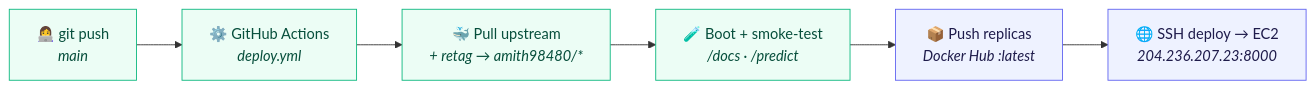
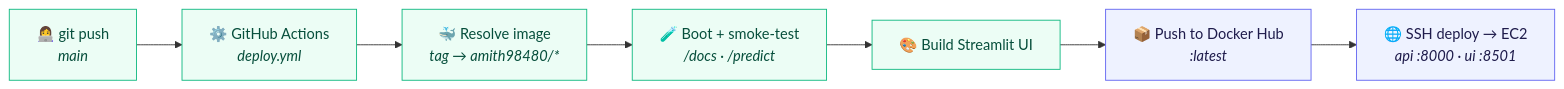
One commit to Amith-Ganta/FastAPI-ML-Docker-AWS changed the third of 3 diagrams in README.md. Above: the diagram before and after it, drawn with Mermaid. The commit also changed other lines of this file and 7 other files, not shown here.

````diff
--- a/README.md
+++ b/README.md
@@ -123,13 +144,14 @@
 ```mermaid
 flowchart LR
     DEV["👩‍💻 git push<br/><i>main</i>"] --> GHA["⚙️ GitHub Actions<br/><i>deploy.yml</i>"]
-    GHA --> PULL["🐳 Pull upstream<br/><i>+ retag → amith98480/*</i>"]
+    GHA --> PULL["🐳 Resolve image<br/><i>tag → amith98480/*</i>"]
     PULL --> TEST["🧪 Boot + smoke-test<br/><i>/docs · /predict</i>"]
-    TEST --> HUB["📦 Push replicas<br/><i>Docker Hub :latest</i>"]
-    HUB --> EC2["🌐 SSH deploy → EC2<br/><i>204.236.207.23:8000</i>"]
+    TEST --> BUILD["🎨 Build Streamlit UI"]
+    BUILD --> HUB["📦 Push to Docker Hub<br/><i>:latest</i>"]
+    HUB --> EC2["🌐 SSH deploy → EC2<br/><i>api :8000 · ui :8501</i>"]
 
     classDef step fill:#ECFDF5,stroke:#10B981,stroke-width:1px,color:#064E3B;
     classDef ship fill:#EEF2FF,stroke:#6366F1,stroke-width:1px,color:#1E1B4B;
-    class DEV,GHA,PULL,TEST step;
+    class DEV,GHA,PULL,TEST,BUILD step;
     class HUB,EC2 ship;
 ```
````
